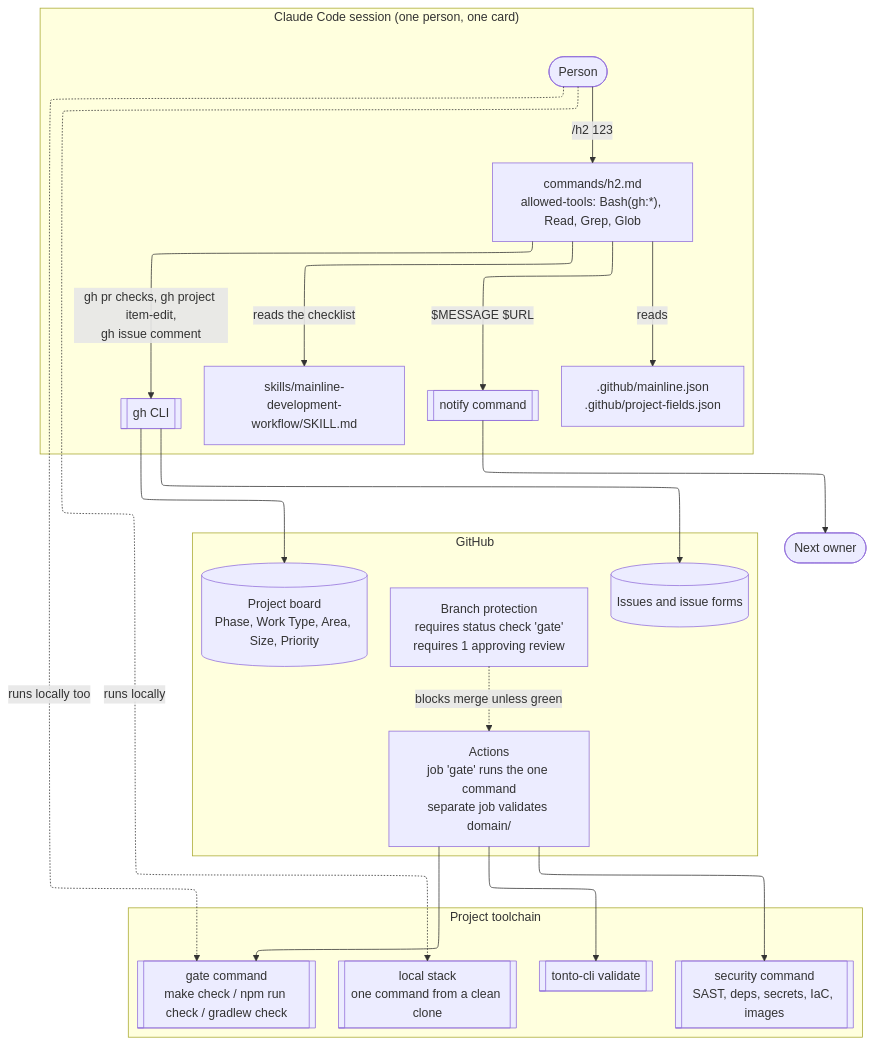
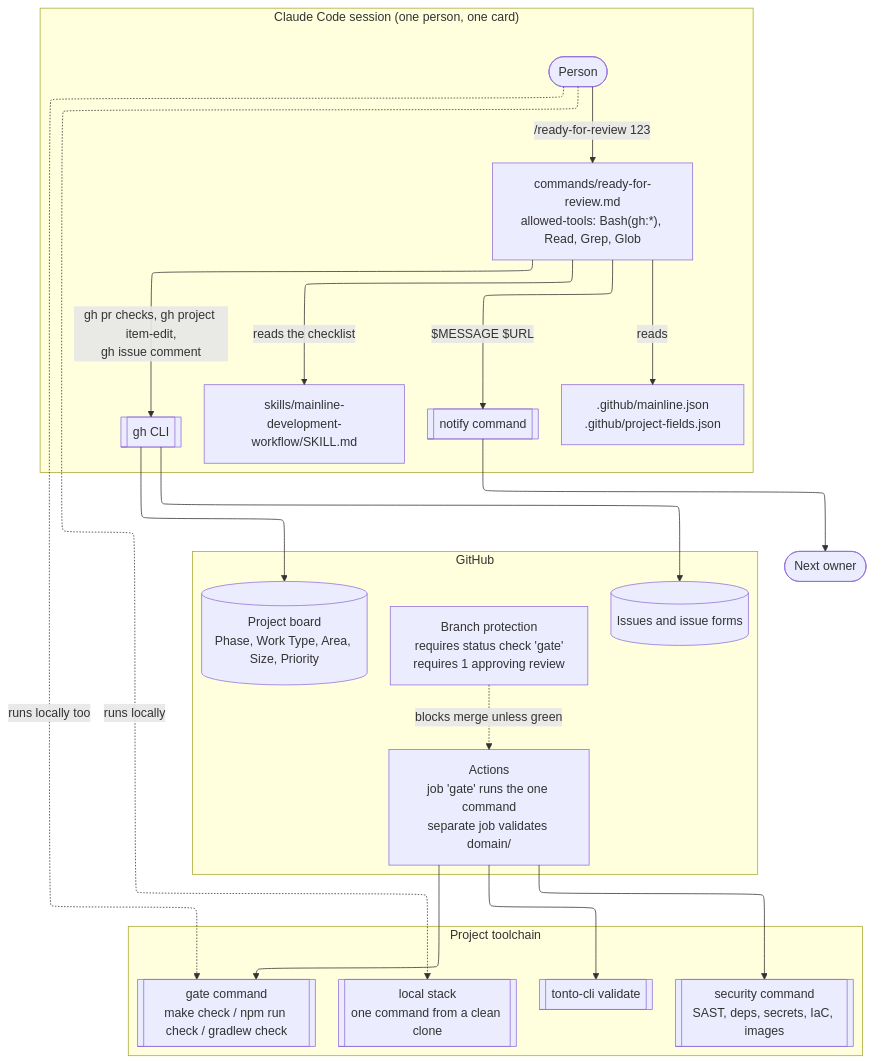
Before and after one commit to SpryElephant/mainline: the first of 2 diagrams in ARCHITECTURE.md, drawn with Mermaid. The commit also changed other lines of this file and 21 other files, not shown here.

````diff
--- a/ARCHITECTURE.md
+++ b/ARCHITECTURE.md
@@ -25,35 +25,35 @@
 ```mermaid
 ---
 config:
   layout: elk
 ---
 flowchart TB
   subgraph session["Claude Code session (one person, one card)"]
-    person([Person]) -- "/h2 123" --> cmd["commands/h2.md<br/>allowed-tools: Bash(gh:*), Read, Grep, Glob"]
+    person([Person]) -- "/ready-for-review 123" --> cmd["commands/ready-for-review.md<br/>allowed-tools: Bash(gh:*), Read, Grep, Glob"]
     cmd -- reads the checklist --> skill["skills/mainline-development-workflow/SKILL.md"]
     cmd -- reads --> cfg[".github/mainline.json<br/>.github/project-fields.json"]
     cmd -- "gh pr checks, gh project item-edit,<br/>gh issue comment" --> gh[["gh CLI"]]
     cmd -- "$MESSAGE $URL" --> notify[["notify command"]]
   end
   subgraph github["GitHub"]
     board[("Project board<br/>Phase, Work Type, Area, Size, Priority")]
     issues[("Issues and issue forms")]
     prot["Branch protection<br/>requires status check 'gate'<br/>requires 1 approving review"]
     actions["Actions<br/>job 'gate' runs the one command<br/>separate job validates domain/"]
   end
   subgraph toolchain["Project toolchain"]
     gate[["gate command<br/>make check / npm run check / gradlew check"]]
     stack[["local stack<br/>one command from a clean clone"]]
     tonto[["tonto-cli validate"]]
     sec[["security command<br/>SAST, deps, secrets, IaC, images"]]
   end
   gh --> board
   gh --> issues
   notify --> next([Next owner])
   actions --> gate
   actions --> tonto
   actions --> sec
   prot -. blocks merge unless green .-> actions
   person -. runs locally too .-> gate
   person -. runs locally .-> stack
 ```
````
